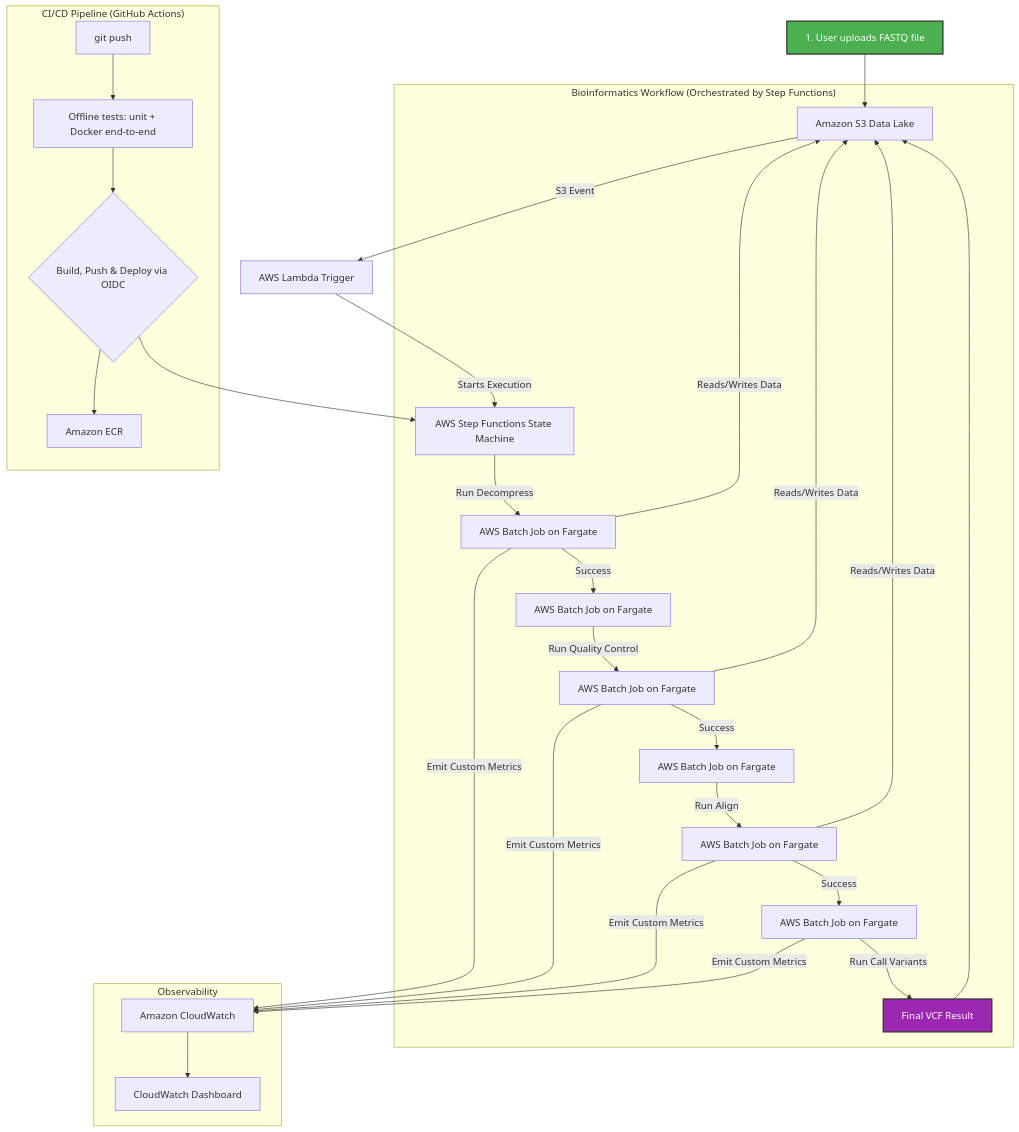
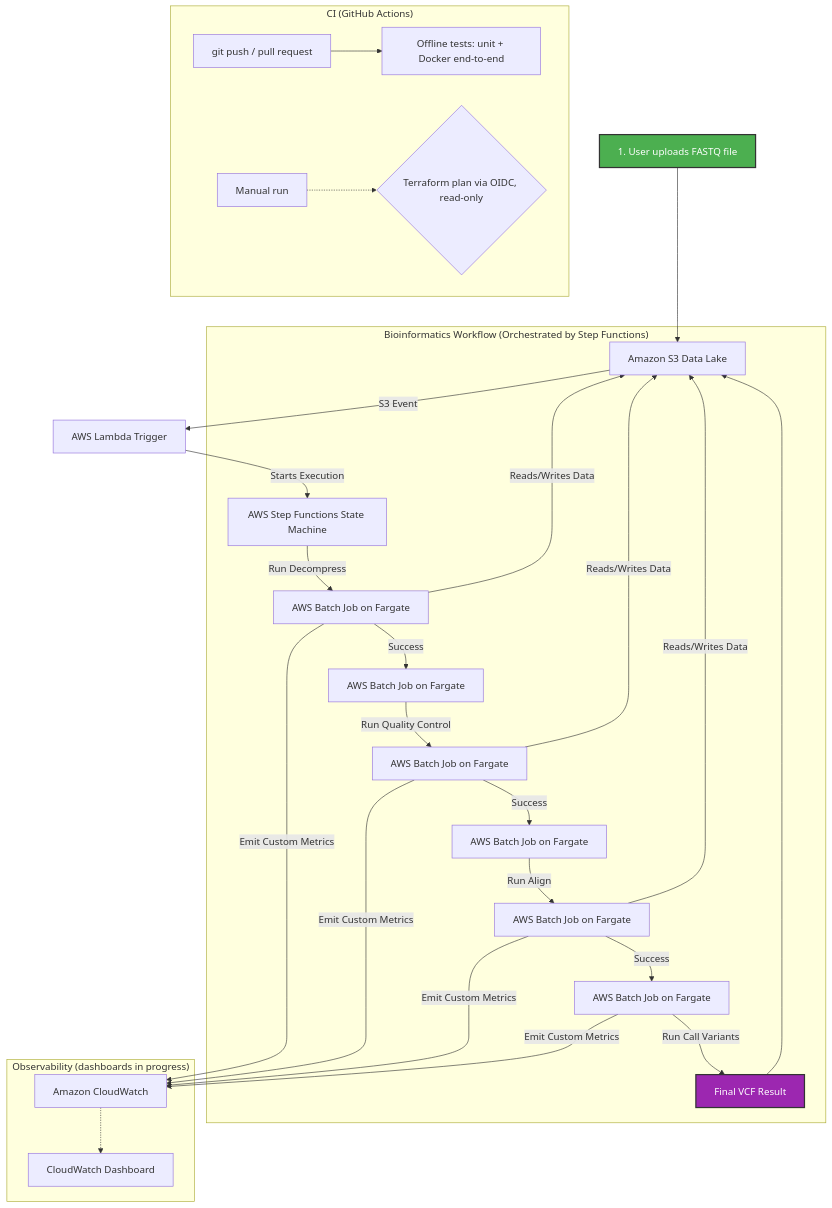
Before and after one commit to Harry5haw/Geyser-Genomics: the diagram in README.md, drawn with Mermaid. The commit also changed other lines of this file, not shown here.

````diff
--- a/README.md
+++ b/README.md
@@ -181,38 +183,36 @@
 ```mermaid
 graph TD
     A[1. User uploads FASTQ file] --> B[Amazon S3 Data Lake];
     B -- S3 Event --> C[AWS Lambda Trigger];
     C -- Starts Execution --> D[AWS Step Functions State Machine];
 
     subgraph "Bioinformatics Workflow (Orchestrated by Step Functions)"
         D -- "Run Decompress" --> E[AWS Batch Job on Fargate];
         E -- "Reads/Writes Data" --> B;
         E -- "Success" --> F[AWS Batch Job on Fargate];
         F -- "Run Quality Control" --> G[AWS Batch Job on Fargate];
         G -- "Reads/Writes Data" --> B;
         G -- "Success" --> H[AWS Batch Job on Fargate];
         H -- "Run Align" --> I[AWS Batch Job on Fargate];
         I -- "Reads/Writes Data" --> B;
         I -- "Success" --> J[AWS Batch Job on Fargate];
         J -- "Run Call Variants" --> K[Final VCF Result];
         K --> B;
     end
     
-    subgraph "CI/CD Pipeline (GitHub Actions)"
-        L[git push] --> T[Offline tests: unit + Docker end-to-end];
-        T --> M{Build, Push & Deploy via OIDC};
-        M --> N[Amazon ECR];
-        M --> D;
+    subgraph "CI (GitHub Actions)"
+        L[git push / pull request] --> T[Offline tests: unit + Docker end-to-end];
+        Q[Manual run] -.-> M{Terraform plan via OIDC, read-only};
     end
     
-    subgraph "Observability"
+    subgraph "Observability (dashboards in progress)"
         E -- "Emit Custom Metrics" --> O[Amazon CloudWatch];
         G -- "Emit Custom Metrics" --> O;
         I -- "Emit Custom Metrics" --> O;
         J -- "Emit Custom Metrics" --> O;
-        O --> P[CloudWatch Dashboard];
+        O -.-> P[CloudWatch Dashboard];
     end
 
     style A fill:#4CAF50,stroke:#333,stroke-width:2px,color:#fff
     style K fill:#9C27B0,stroke:#333,stroke-width:2px,color:#fff
 ```
````
